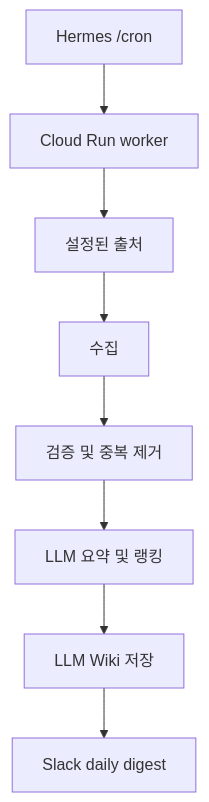
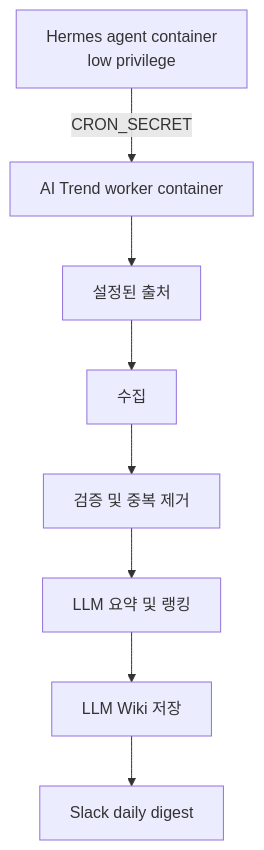
One commit to SujinHuh/ai-trend-agent changed the first of 2 diagrams in README.md. Above: the diagram before and after it, drawn with Mermaid. The commit also changed other lines of this file and 41 other files, not shown here.

Commit message:
feat: implement task 005 hermes cron

````diff
--- a/README.md
+++ b/README.md
@@ -39,10 +39,10 @@
 ```mermaid
 flowchart TD
-  A[Hermes /cron] --> B[Cloud Run worker]
+  A[Hermes agent container<br/>low privilege] -->|CRON_SECRET| B[AI Trend worker container]
   B --> C[설정된 출처]
   C --> D[수집]
   D --> E[검증 및 중복 제거]
   E --> F[LLM 요약 및 랭킹]
   F --> G[LLM Wiki 저장]
   G --> H[Slack daily digest]
 ```
````
